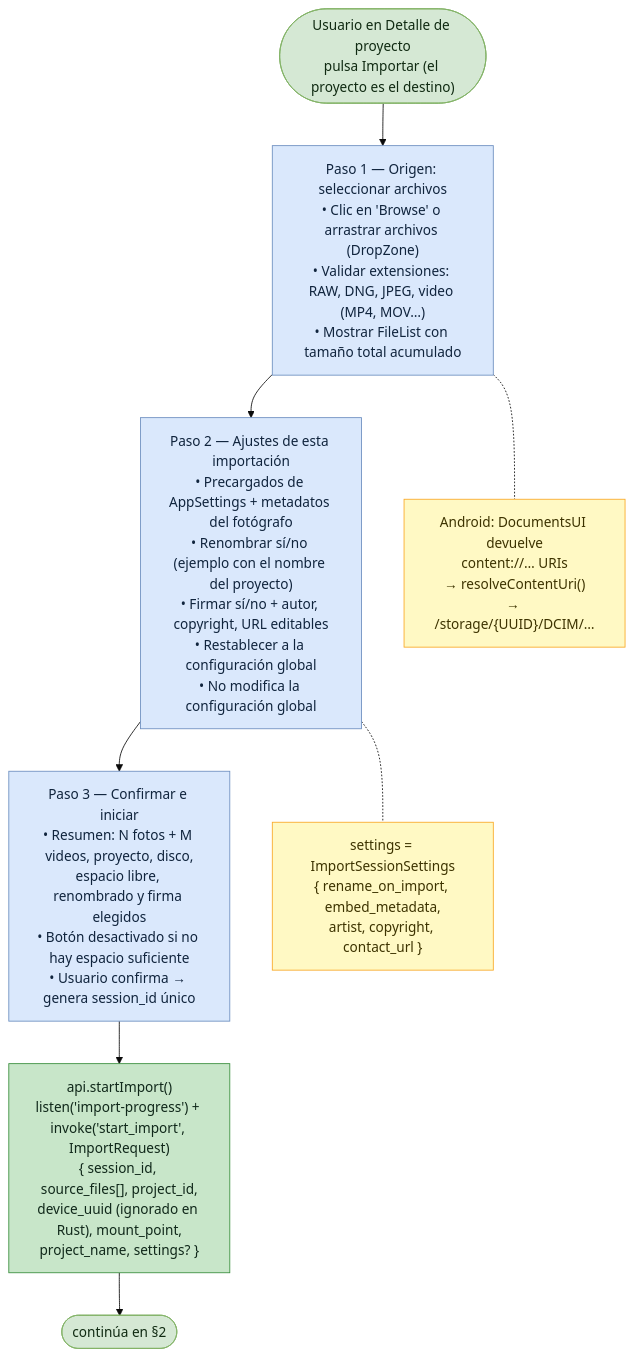
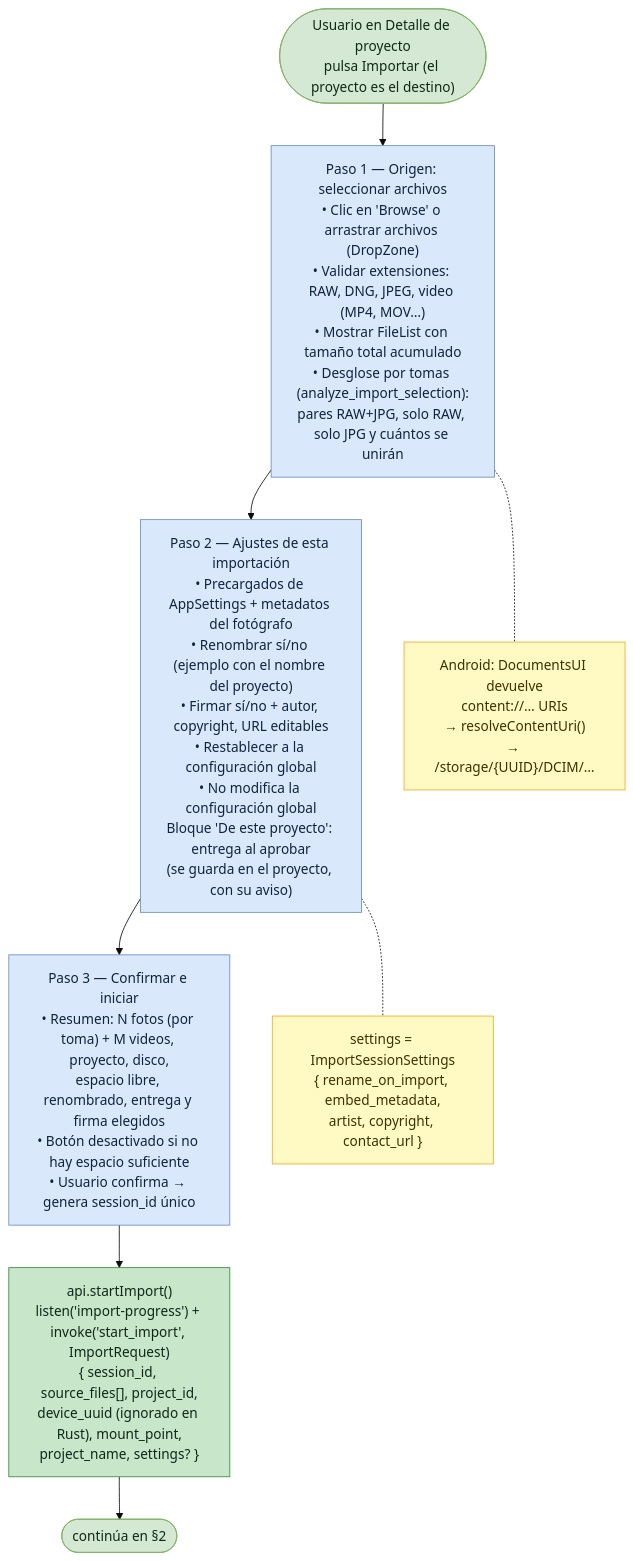
One commit to everitosan/lumik changed the second of 9 diagrams in docs/useCases/flujo-importar-imagenes.md. Above: the diagram before and after it, drawn with Mermaid (base theme). The commit also changed other lines of this file and 75 other files, not shown here.

First line of the commit message:
feat(desktop): pares RAW+JPEG y entrega del JPG de cámara

````diff
--- a/docs/useCases/flujo-importar-imagenes.md
+++ b/docs/useCases/flujo-importar-imagenes.md
@@ -44,25 +49,25 @@
 ```mermaid
 flowchart TD
     start(["Usuario en Detalle de proyecto<br/>pulsa Importar (el proyecto es el destino)"])
-    s1["Paso 1 — Origen: seleccionar archivos<br/>• Clic en 'Browse' o arrastrar archivos (DropZone)<br/>• Validar extensiones: RAW, DNG, JPEG, video (MP4, MOV…)<br/>• Mostrar FileList con tamaño total acumulado"]
-    s2["Paso 2 — Ajustes de esta importación<br/>• Precargados de AppSettings + metadatos del fotógrafo<br/>• Renombrar sí/no (ejemplo con el nombre del proyecto)<br/>• Firmar sí/no + autor, copyright, URL editables<br/>• Restablecer a la configuración global<br/>• No modifica la configuración global"]
-    s3["Paso 3 — Confirmar e iniciar<br/>• Resumen: N fotos + M videos, proyecto, disco,<br/>espacio libre, renombrado y firma elegidos<br/>• Botón desactivado si no hay espacio suficiente<br/>• Usuario confirma → genera session_id único"]
+    s1["Paso 1 — Origen: seleccionar archivos<br/>• Clic en 'Browse' o arrastrar archivos (DropZone)<br/>• Validar extensiones: RAW, DNG, JPEG, video (MP4, MOV…)<br/>• Mostrar FileList con tamaño total acumulado<br/>• Desglose por tomas (analyze_import_selection):<br/>pares RAW+JPG, solo RAW, solo JPG y cuántos se unirán"]
+    s2["Paso 2 — Ajustes de esta importación<br/>• Precargados de AppSettings + metadatos del fotógrafo<br/>• Renombrar sí/no (ejemplo con el nombre del proyecto)<br/>• Firmar sí/no + autor, copyright, URL editables<br/>• Restablecer a la configuración global<br/>• No modifica la configuración global<br/>Bloque 'De este proyecto': entrega al aprobar<br/>(se guarda en el proyecto, con su aviso)"]
+    s3["Paso 3 — Confirmar e iniciar<br/>• Resumen: N fotos (por toma) + M videos, proyecto, disco,<br/>espacio libre, renombrado, entrega y firma elegidos<br/>• Botón desactivado si no hay espacio suficiente<br/>• Usuario confirma → genera session_id único"]
     invoke["api.startImport()<br/>listen('import-progress') + invoke('start_import', ImportRequest)<br/>{ session_id, source_files[], project_id,<br/>device_uuid (ignorado en Rust), mount_point,<br/>project_name, settings? }"]
     next(["continúa en §2"])
 
     n_uri["Android: DocumentsUI devuelve<br/>content://… URIs<br/>→ resolveContentUri()<br/>→ /storage/{UUID}/DCIM/…"]
     n_set["settings = ImportSessionSettings<br/>{ rename_on_import, embed_metadata,<br/>artist, copyright, contact_url }"]
 
     start --> s1 --> s2 --> s3 --> invoke --> next
     s1 -.- n_uri
     s2 -.- n_set
 
     classDef term fill:#d5e8d4,stroke:#82b366,color:#102a12
     classDef ui fill:#dae8fc,stroke:#6c8ebf,color:#10243d
     classDef ipc fill:#c8e6c9,stroke:#388e3c,color:#10281a
     classDef note fill:#fff9c4,stroke:#f9a825,color:#3d3300
     class start,next term
     class s1,s2,s3 ui
     class invoke ipc
     class n_uri,n_set note
 ```
````
